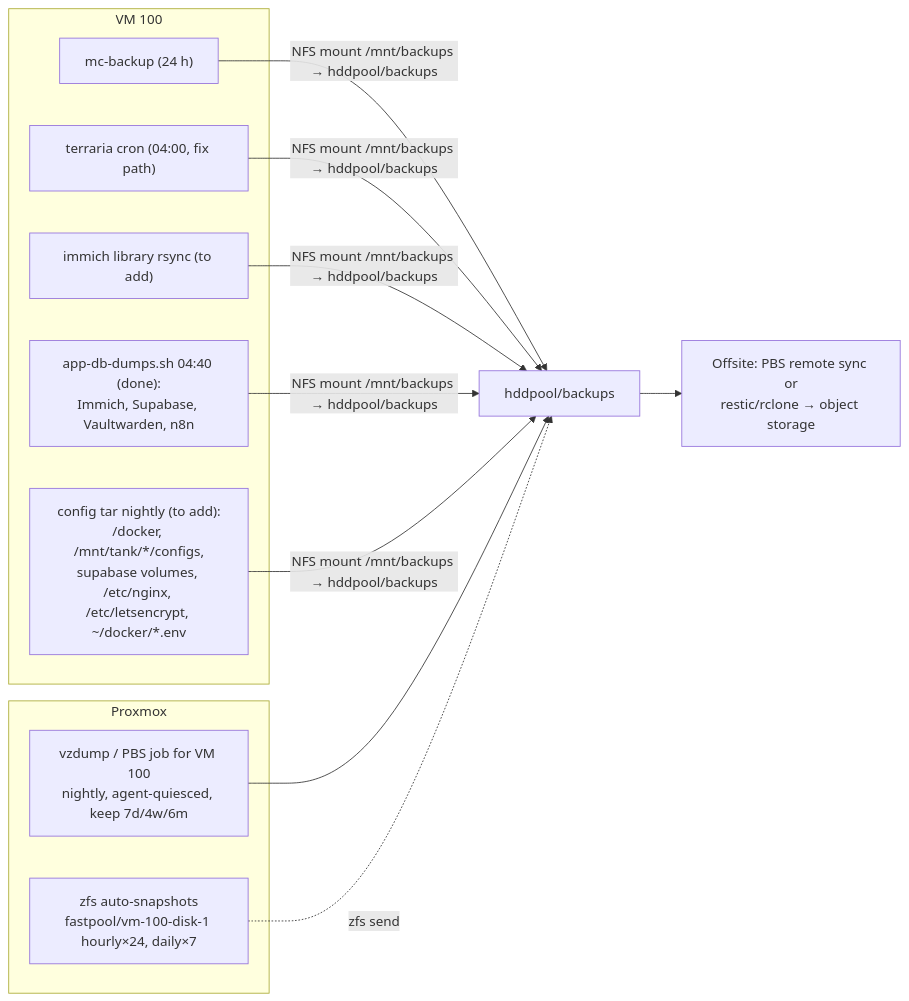
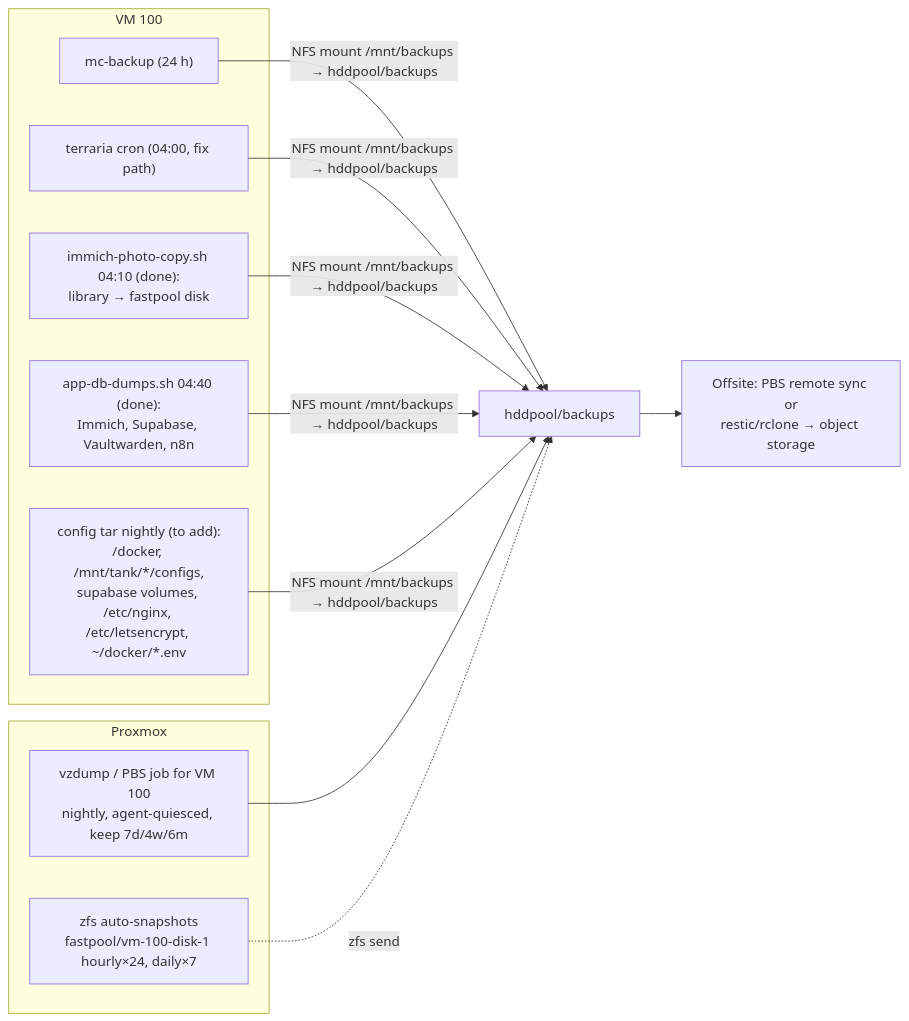
Before and after one commit to BigBoiToasty/homelab-docs: the diagram in runbooks/disaster-recovery.md, drawn with Mermaid. The commit also changed other lines of this file and 5 other files, not shown here.

First line of the commit message:
docs: nightly Immich photo copy to a fastpool disk, M.2 SSD health

````diff
--- a/runbooks/disaster-recovery.md
+++ b/runbooks/disaster-recovery.md
@@ -207,21 +207,21 @@
 ```mermaid
 flowchart LR
     subgraph GUEST["VM 100"]
         MC["mc-backup (24 h)"]
         TC["terraria cron (04:00, fix path)"]
-        IM["immich library rsync (to add)"]
+        IM["immich-photo-copy.sh 04:10 (done):<br/>library → fastpool disk"]
         PG["app-db-dumps.sh 04:40 (done):<br/>Immich, Supabase, Vaultwarden, n8n"]
         CFG["config tar nightly (to add):<br/>/docker, /mnt/tank/*/configs,<br/>supabase volumes, /etc/nginx, /etc/letsencrypt, ~/docker/*.env"]
     end
     subgraph PVE["Proxmox"]
         VZ["vzdump / PBS job for VM 100<br/>nightly, agent-quiesced, keep 7d/4w/6m"]
         SNAP["zfs auto-snapshots<br/>fastpool/vm-100-disk-1 hourly×24, daily×7"]
     end
     HDD["hddpool/backups"]
     OFF["Offsite: PBS remote sync or<br/>restic/rclone → object storage"]
 
     MC & TC & IM & PG & CFG -->|"NFS mount /mnt/backups → hddpool/backups"| HDD
     VZ --> HDD
     SNAP -. "zfs send" .-> HDD
     HDD --> OFF
 ```
````
